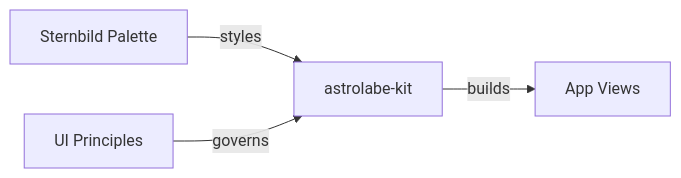
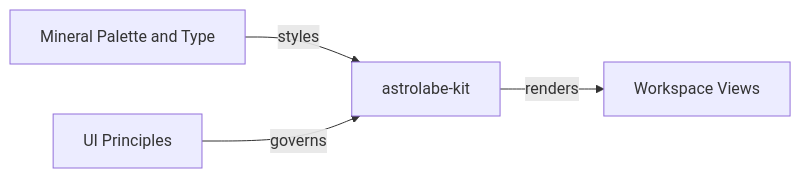
Before and after one commit to AhmedKhan-GH/astrolabe: the diagram in docs/interface/index.md, drawn with Mermaid. The commit also changed other lines of this file and 6 other files, not shown here.

````diff
--- a/docs/interface/index.md
+++ b/docs/interface/index.md
@@ -9,6 +9,6 @@
 ```mermaid
 flowchart LR
-    tokens[Sternbild Palette] -->|styles| kit[astrolabe-kit]
+    tokens[Mineral Palette and Type] -->|styles| kit[astrolabe-kit]
     rules[UI Principles] -->|governs| kit
-    kit -->|builds| panes[App Views]
+    kit -->|renders| panes[Workspace Views]
 ```
````
